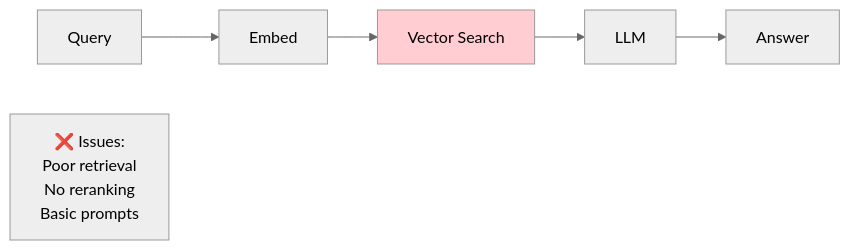
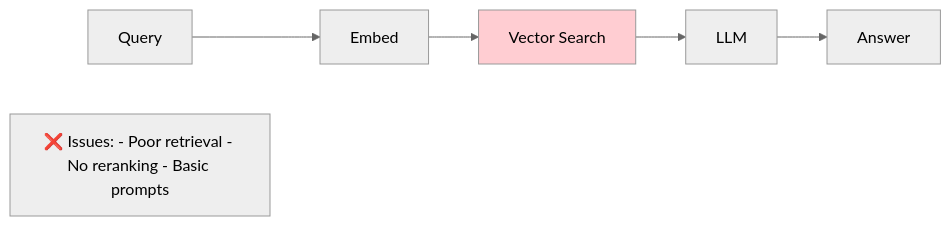
One commit to indhra/llm_rag_sec_findings changed diagram 13 of 15 in docs/learning/03-rag-fundamentals.md. Above: the diagram before and after it, drawn with Mermaid (neutral theme). The commit also changed other lines of this file and 9 other files, not shown here.

````diff
--- a/docs/learning/03-rag-fundamentals.md
+++ b/docs/learning/03-rag-fundamentals.md
@@ -425,11 +425,11 @@
 ```mermaid
 graph LR
     Q[Query] --> E[Embed]
     E --> V[Vector Search]
     V --> L[LLM]
     L --> A[Answer]
     
-    P[❌ Issues:<br/>Poor retrieval<br/>No reranking<br/>Basic prompts]
+    P[❌ Issues: - Poor retrieval - No reranking - Basic prompts]
     
     style V fill:#ffcdd2
 ```
````
